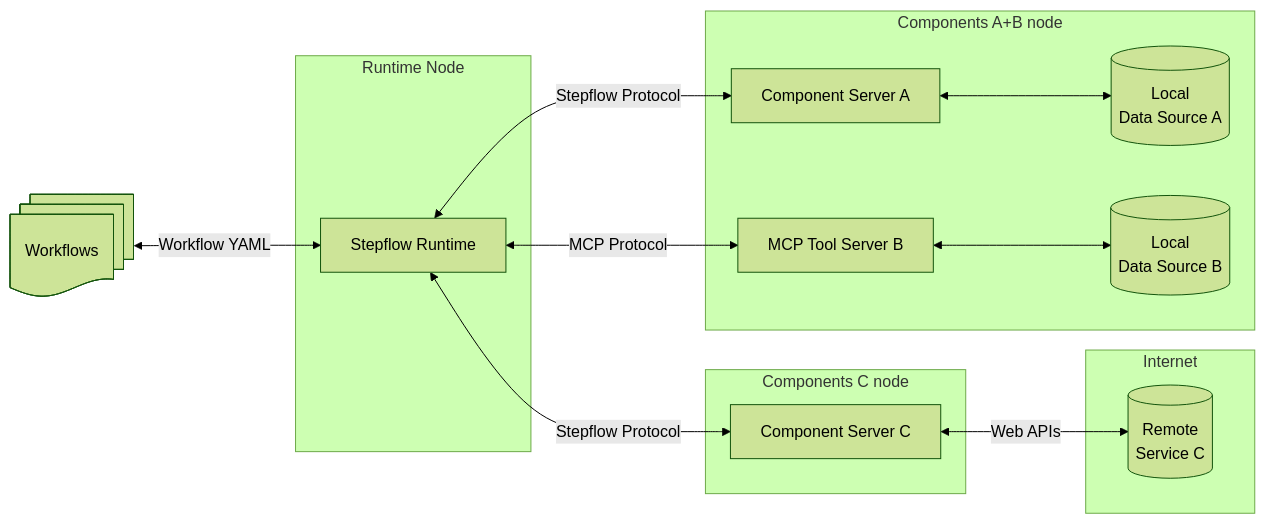
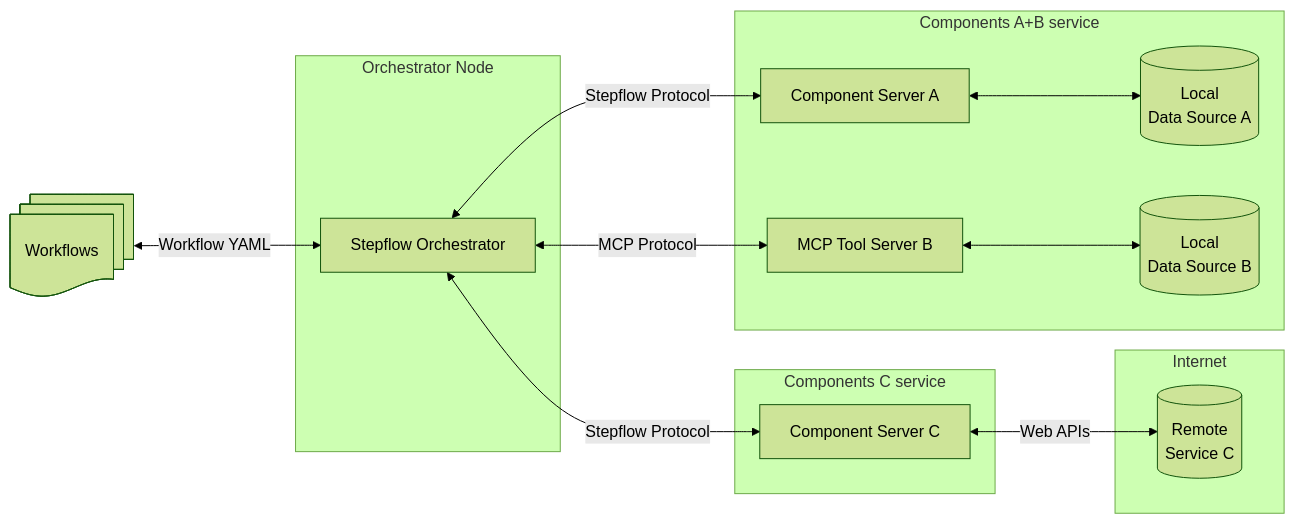
Before and after one commit to stepflow-ai/stepflow: the second of 2 diagrams in docs/docs/introduction.md, drawn with Mermaid (forest theme). The commit also changed other lines of this file, not shown here.

Commit message:
docs: update diagrams

````diff
--- a/docs/docs/introduction.md
+++ b/docs/docs/introduction.md
@@ -64,23 +71,23 @@
     ```mermaid
     flowchart LR
         Workflows["Workflows"]@{ shape: docs }
         Workflows <-->|"Workflow YAML"| Host
-        subgraph "Runtime Node"
-            Host["Stepflow Runtime"]
+        subgraph "Orchestrator Node"
+            Host["Stepflow Orchestrator"]
         end
-        subgraph "Components A+B node"
+        subgraph "Components A+B service"
             S1["Component Server A"]
             S2["MCP Tool Server B"]
             S1 <--> D1[("Local<br>Data Source A")]
             S2 <--> D2[("Local<br>Data Source B")]
         end
-        subgraph "Components C node"
+        subgraph "Components C service"
             S3["Component Server C"]
             Host <-->|"Stepflow Protocol"| S1
             Host <-->|"MCP Protocol"| S2
             Host <-->|"Stepflow Protocol"| S3
         end
         subgraph "Internet"
             S3 <-->|"Web APIs"| D3[("Remote<br>Service C")]
         end
     ```
````
